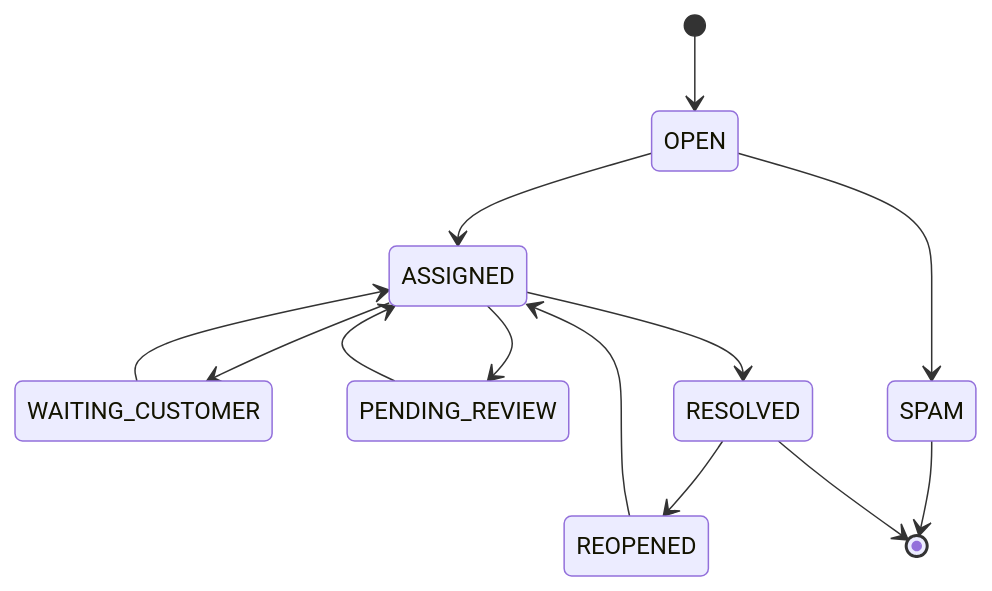
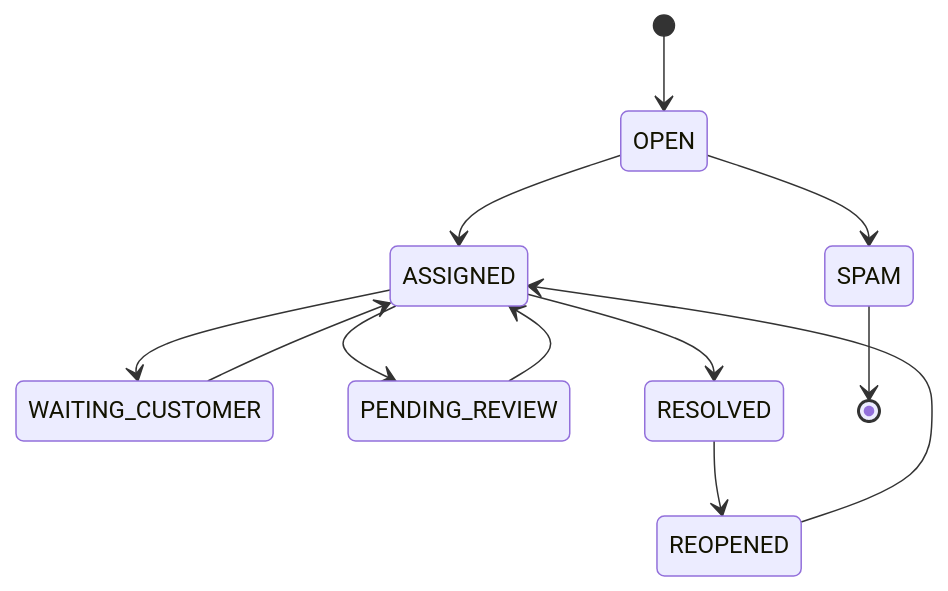
One commit to D-engahmed/OMILINKS changed the second of 4 diagrams in docs/domain/conversations.md. Above: the diagram before and after it, drawn with Mermaid. The commit also changed other lines of this file and 3 other files, not shown here.

````diff
--- a/docs/domain/conversations.md
+++ b/docs/domain/conversations.md
@@ -96,15 +56,14 @@
-```mermaid
+~~~mermaid
 stateDiagram-v2
     [*] --> OPEN
     OPEN --> ASSIGNED
     ASSIGNED --> WAITING_CUSTOMER
     WAITING_CUSTOMER --> ASSIGNED
     ASSIGNED --> PENDING_REVIEW
     PENDING_REVIEW --> ASSIGNED
     ASSIGNED --> RESOLVED
     RESOLVED --> REOPENED
     REOPENED --> ASSIGNED
     OPEN --> SPAM
     SPAM --> [*]
-    RESOLVED --> [*]
-```
+~~~
````
